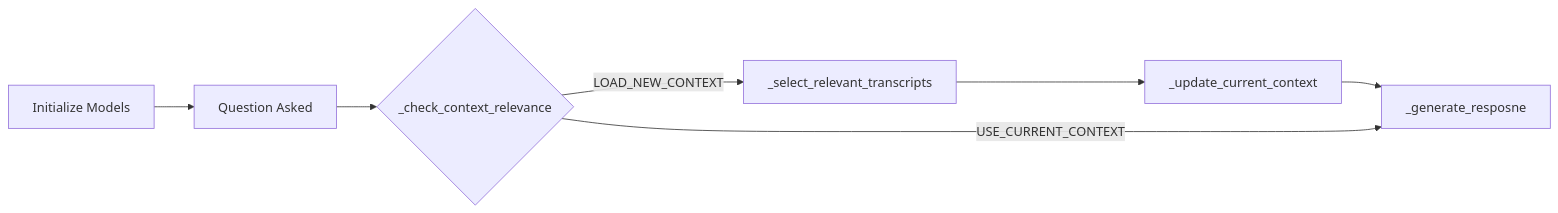
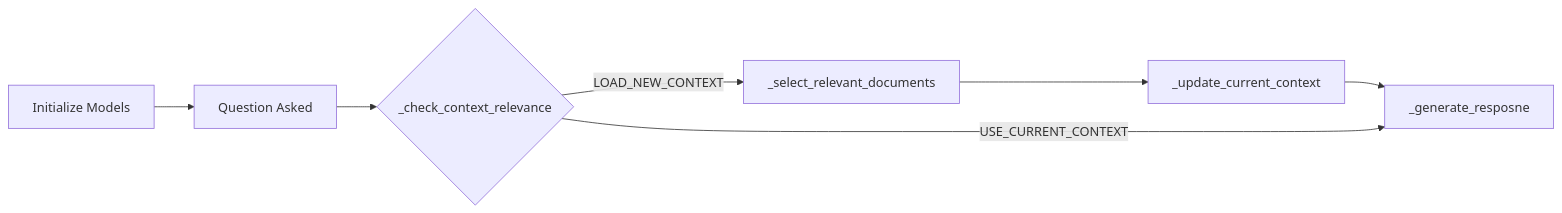
One commit to jwardbond/Citizen-Gemini changed the diagram in docs.md. Above: the diagram before and after it, drawn with Mermaid. The commit also changed other lines of this file, not shown here.

````diff
--- a/docs.md
+++ b/docs.md
@@ -44,9 +44,9 @@
 ```mermaid
 flowchart LR
     A[Initialize Models] --> B[Question Asked]
     B --> C{_check_context_relevance}
-    C -->|LOAD_NEW_CONTEXT| D[_select_relevant_transcripts]
+    C -->|LOAD_NEW_CONTEXT| D[_select_relevant_documents]
     D --> E[_update_current_context]
     E --> F[_generate_resposne]
     C -->|USE_CURRENT_CONTEXT| F
 ```
````
